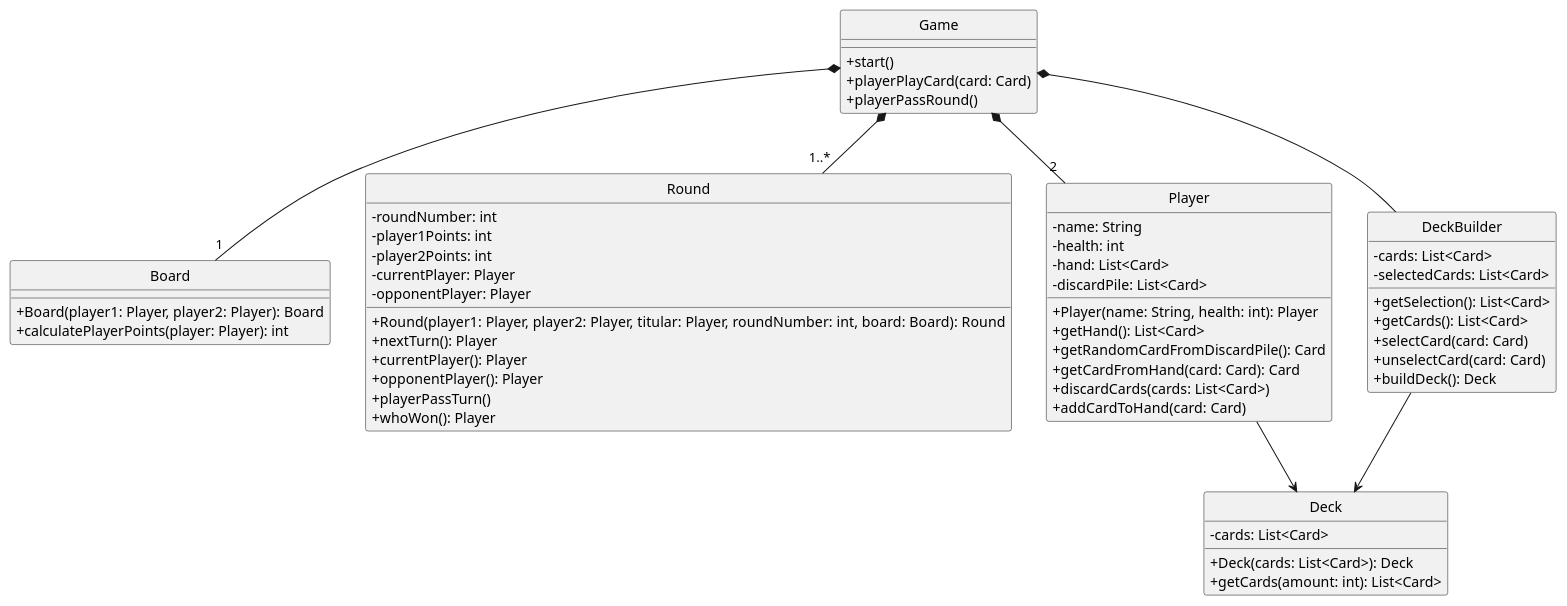
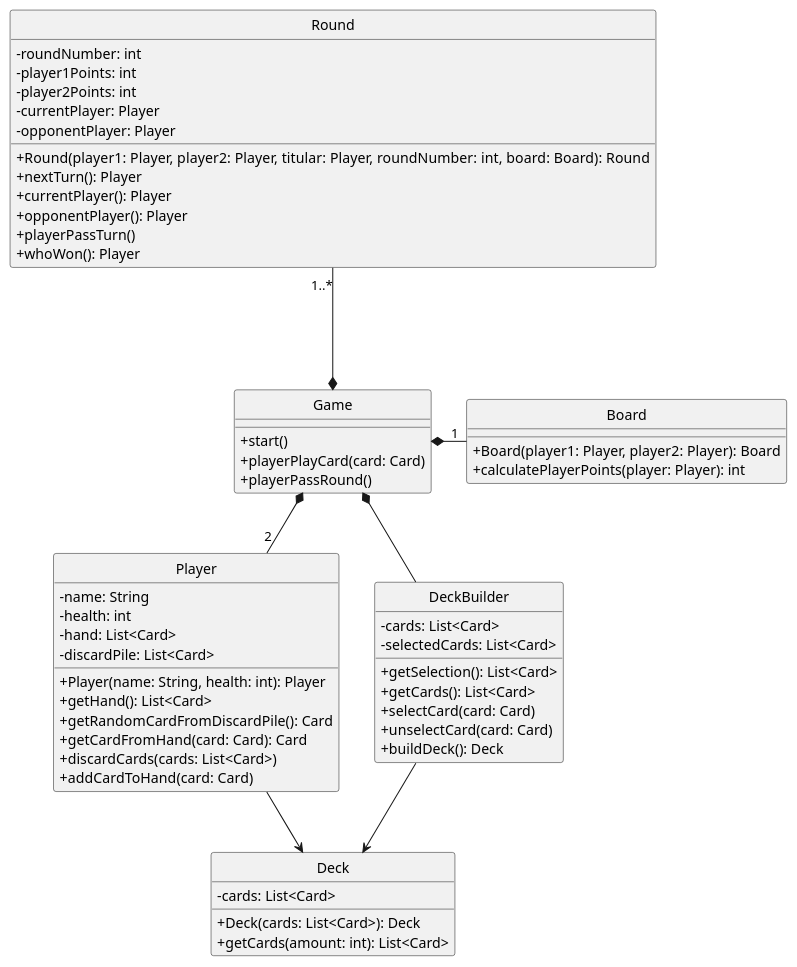
One commit to Yonhir/algo3_proyecto_base_tp2 changed the diagram in diagrams/classes/game.plantuml. Above: the diagram before and after it, drawn with PlantUML. The commit also changed 1 other file, not shown here.

Commit message:
Update game diagram

```diff
--- a/diagrams/classes/game.plantuml
+++ b/diagrams/classes/game.plantuml
@@ -1,82 +1,81 @@
 @startuml
 
 skinparam monochrome true
 hide circle
 skinparam classAttributeIconSize 0
 ' =====================
 ' DECK & PLAYER
 ' =====================
 
 ' =====================
 ' GAME & BOARD
 ' =====================
 class Game {
   +start()
   +playerPlayCard(card: Card)
   +playerPassRound()
 }
 
 class Board {
   +Board(player1: Player, player2: Player): Board
   +calculatePlayerPoints(player: Player): int
 }
-
 
 class Round {
   -roundNumber: int
   -player1Points: int
   -player2Points: int
   -currentPlayer: Player
   -opponentPlayer: Player
   +Round(player1: Player, player2: Player, titular: Player, roundNumber: int, board: Board): Round
   +nextTurn(): Player
   +currentPlayer(): Player
   +opponentPlayer(): Player
   +playerPassTurn()
   +whoWon(): Player
 }
 
 class Player {
   -name: String
   -health: int
   -hand: List<Card>
   -discardPile: List<Card>
   +Player(name: String, health: int): Player
   +getHand(): List<Card>
   +getRandomCardFromDiscardPile(): Card
   +getCardFromHand(card: Card): Card
   +discardCards(cards: List<Card>)
   +addCardToHand(card: Card)
 }
 
 class Deck {
   -cards: List<Card>
   +Deck(cards: List<Card>): Deck
   +getCards(amount: int): List<Card>
 }
 
 class DeckBuilder {
   -cards: List<Card>
   -selectedCards: List<Card>
   +getSelection(): List<Card>
   +getCards(): List<Card>
   +selectCard(card: Card)
   +unselectCard(card: Card)
   +buildDeck(): Deck
 }
 ' =====================
 ' RELATIONSHIPS
 ' =====================
 
-Game *-- "1..*" Round
-Game *-- "1" Board
-Game *-- "2" Player
+Round "1..*" ---* Game 
+Game *- "1" Board
+Game *- "2" Player
 Game *-- DeckBuilder
 DeckBuilder --> Deck
 Player --> Deck
 
 
 
 
 
 @enduml
```
